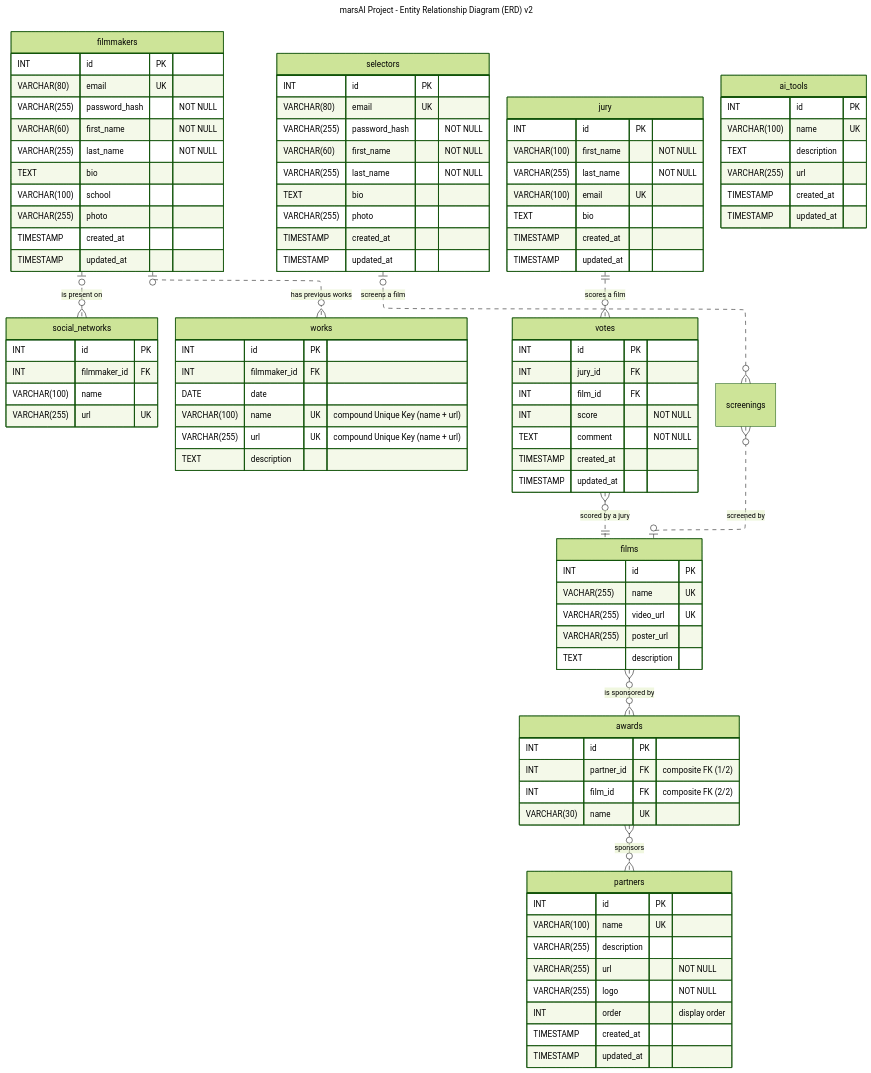
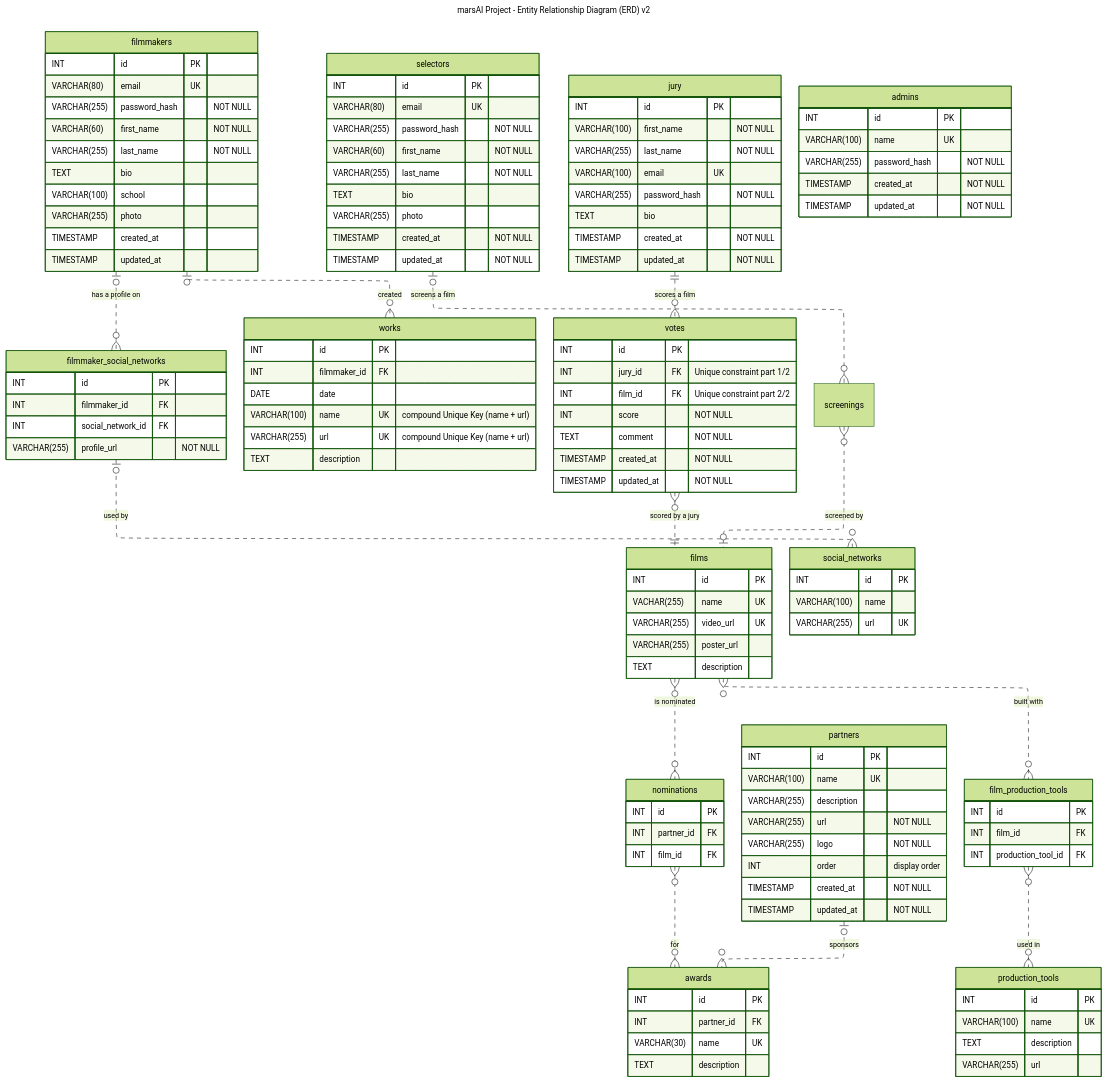
One commit to ebouchut/mars-ai-project changed the first of 2 diagrams in README.md. Above: the diagram before and after it, drawn with Mermaid (forest theme).

Commit message:
docs(README): Update ERD
Add nominations, admins, update cardinalities

````diff
--- a/README.md
+++ b/README.md
@@ -154,6 +154,18 @@
       VARCHAR(255)   video_url     UK
       VARCHAR(255)   poster_url
       TEXT           description
+    }
+    nominations {
+      INT             id           PK
+
+      INT             partner_id   FK
+      INT             film_id      FK
+    }
+    awards {
+      INT             id           PK
+      INT             partner_id   FK
+      VARCHAR(30)     name         UK
+      TEXT            description
     }
     filmmakers {
         INT           id            PK
@@ -172,15 +184,21 @@
         VARCHAR(80)   email         UK
         VARCHAR(255)  password_hash     "NOT NULL"
         VARCHAR(60)   first_name        "NOT NULL"
-        VARCHAR(255)  last_name          "NOT NULL"
+        VARCHAR(255)  last_name         "NOT NULL"
         TEXT          bio
         VARCHAR(255)  photo
-        TIMESTAMP     created_at
-        TIMESTAMP     updated_at
+        TIMESTAMP     created_at       "NOT NULL"
+        TIMESTAMP     updated_at       "NOT NULL"
+    }
+    filmmaker_social_networks {
+        INT           id                 PK
+        INT           filmmaker_id       FK
+        INT           social_network_id  FK
+
+        VARCHAR(255)  profile_url           "NOT NULL"
     }
     social_networks {
         INT           id            PK
-        INT           filmmaker_id  FK
         VARCHAR(100)  name
         VARCHAR(255)  url           UK
     }
@@ -197,20 +215,21 @@
         VARCHAR(100) first_name         "NOT NULL"
         VARCHAR(255) last_name          "NOT NULL"
         VARCHAR(100) email          UK
+        VARCHAR(255) password_hash      "NOT NULL"
         TEXT         bio
-        TIMESTAMP    created_at
-        TIMESTAMP    updated_at
+        TIMESTAMP     created_at        "NOT NULL"
+        TIMESTAMP     updated_at        "NOT NULL"
     }
     votes {
         INT           id            PK
 
-        INT           jury_id       FK
-        INT           film_id       FK
+        INT           jury_id       FK "Unique constraint part 1/2"
+        INT           film_id       FK "Unique constraint part 2/2"
 
         INT           score            "NOT NULL"
         TEXT          comment          "NOT NULL"
-        TIMESTAMP     created_at
-        TIMESTAMP     updated_at
+        TIMESTAMP     created_at       "NOT NULL"
+        TIMESTAMP     updated_at       "NOT NULL"
     }
     partners {
         INT           id            PK
@@ -219,33 +238,45 @@
         VARCHAR(255)  url              "NOT NULL"
         VARCHAR(255)  logo             "NOT NULL"
         INT           order            "display order"
-        TIMESTAMP     created_at
-        TIMESTAMP     updated_at
+        TIMESTAMP     created_at       "NOT NULL"
+        TIMESTAMP     updated_at       "NOT NULL"
     }
-    ai_tools {
+    film_production_tools {
+        INT           id                  PK
+        INT           film_id             FK
+        INT           production_tool_id  FK
+    }
+    production_tools {
         INT           id            PK
         VARCHAR(100)  name          UK
         TEXT          description
         VARCHAR(255)  url
-        TIMESTAMP     created_at
-        TIMESTAMP     updated_at
     }
-    awards {
-      INT             id           PK
-      INT             partner_id   FK "composite FK (1/2)"
-      INT             film_id      FK "composite FK    (2/2)"
-      VARCHAR(30)     name         UK
+    admins {
+        INT           id            PK
+        VARCHAR(100)  name          UK
+        VARCHAR(255) password_hash      "NOT NULL"
+
+        TIMESTAMP     created_at       "NOT NULL"
+        TIMESTAMP     updated_at       "NOT NULL"
     }
 
-    filmmakers o|..o{ social_networks : "is present on"
-    filmmakers o|..o{ works           : "has previous works"
-    
+    filmmakers                 o|..o{ filmmaker_social_networks : "has a profile on"
+    filmmaker_social_networks  o|..o{ social_networks            : "used by"
+
+    filmmakers o|..o{ works           : "created"
+
     jury       ||..o{ votes           : "scores a film"
-    votes      o{..|| films           : "scored by a jury" 
-    
+    votes      o{..|| films           : "scored by a jury"
+
     selectors  o|..o{ screenings      : "screens a film"
     screenings o{..o| films           : "screened by"
-    
-    films      o{..}o awards           : "is sponsored by"
-    awards     o{..}o partners         : "sponsors"
+
+    films       o{..}o nominations    : "is nominated"
+    nominations o{..}o awards         : "for"
+
+    partners    o|..}o awards         : "sponsors"
+
+    films          o{..}o film_production_tools   : "built with"
+    film_production_tools o{..}o production_tools : "used in"
 ```
````
